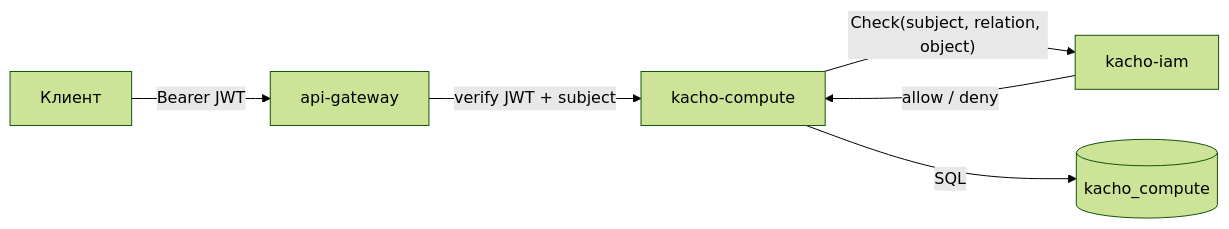
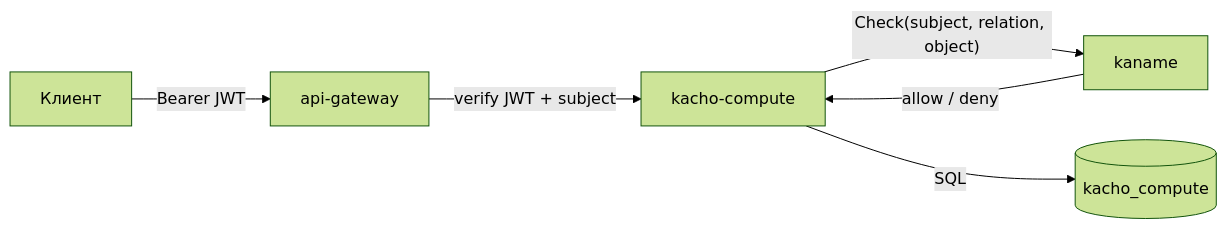
The diagram in services/compute/docs/content/architecture/authz.mdx (PRO-Robotech/kacho), drawn with Mermaid (forest theme) before and after one commit. The commit also changed other lines of this file and 5005 other files, not shown here.

````diff
--- a/services/compute/docs/content/architecture/authz.mdx
+++ b/services/compute/docs/content/architecture/authz.mdx
@@ -52,8 +52,8 @@
 ```mermaid
 flowchart LR
   cli["Клиент"] -->|"Bearer JWT"| agw["api-gateway"]
   agw -->|"verify JWT + subject"| cmp["kacho-compute"]
-  cmp -->|"Check(subject, relation, object)"| iam["kacho-iam"]
+  cmp -->|"Check(subject, relation, object)"| iam["kaname"]
   iam -->|"allow / deny"| cmp
   cmp -->|"SQL"| pg[("kacho_compute")]
 ```
````
